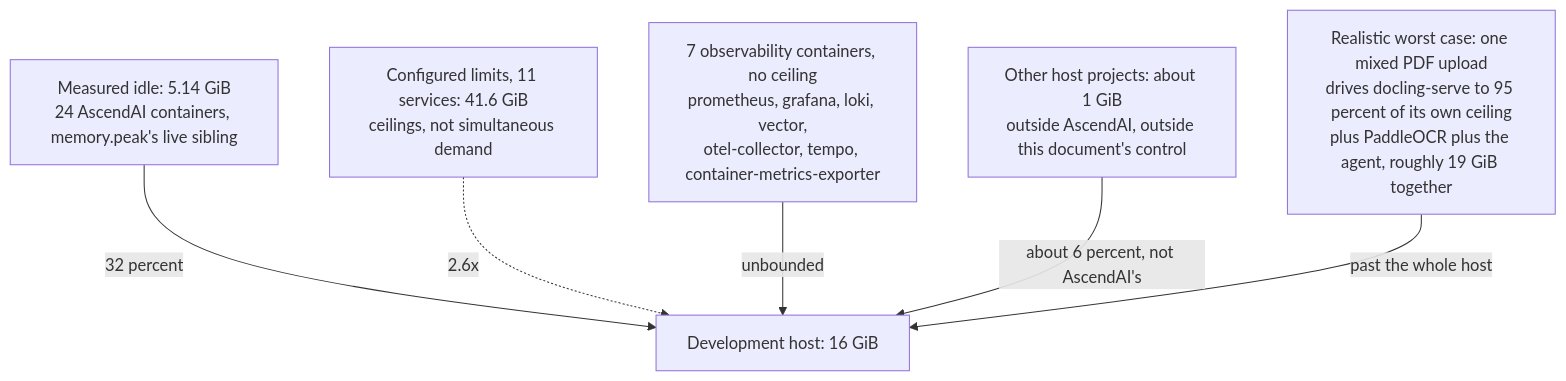
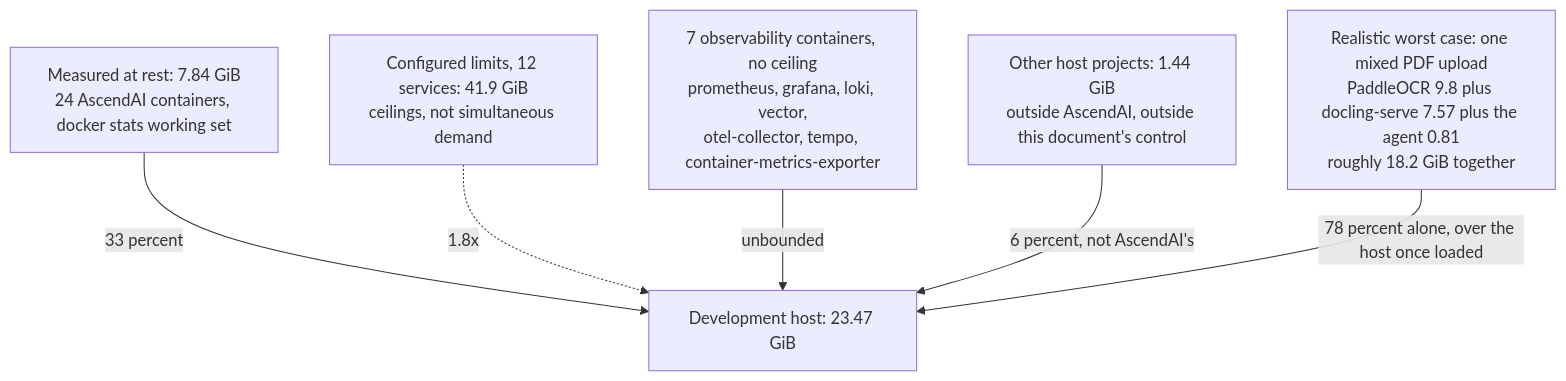
Before and after one commit to Lukk17/AscendAI: the diagram in docs/architecture/memory-budget.md, drawn with Mermaid. The commit also changed other lines of this file, not shown here.

First line of the commit message:
docs(architecture): recompute the memory budget against the larger host

````diff
--- a/docs/architecture/memory-budget.md
+++ b/docs/architecture/memory-budget.md
@@ -189,18 +230,18 @@
 ```mermaid
 graph TB
     accTitle: AscendAI memory budget against host capacity
-    accDescr: The 16 GiB development host measures 5.14 GiB of real idle usage across AscendAI's own 24 containers, yet must plan against 41.6 GiB of configured container limits, 7 containers with no configured ceiling, and a realistic worst case of roughly 19 GiB from a single document upload, which is the one none of the others rule out.
+    accDescr: The 23.47 GiB development host measures 7.84 GiB of resting usage across AscendAI's own 24 containers, plans against 41.9 GiB of configured container limits, carries 7 containers with no configured ceiling, and faces a realistic worst case of roughly 18.2 GiB from a single document upload, which now fits the host on its own but not on top of the 5.65 GiB the rest of the host holds at rest.
 
-    Idle["Measured idle: 5.14 GiB<br/>24 AscendAI containers, memory.peak's live sibling"]
-    Limits["Configured limits, 11 services: 41.6 GiB<br/>ceilings, not simultaneous demand"]
+    Idle["Measured at rest: 7.84 GiB<br/>24 AscendAI containers, docker stats working set"]
+    Limits["Configured limits, 12 services: 41.9 GiB<br/>ceilings, not simultaneous demand"]
     Uncapped["7 observability containers, no ceiling<br/>prometheus, grafana, loki, vector,<br/>otel-collector, tempo, container-metrics-exporter"]
-    External["Other host projects: about 1 GiB<br/>outside AscendAI, outside this document's control"]
-    Realistic["Realistic worst case: one mixed PDF upload<br/>drives docling-serve to 95 percent of its own ceiling<br/>plus PaddleOCR plus the agent, roughly 19 GiB together"]
-    Host["Development host: 16 GiB"]
+    External["Other host projects: 1.44 GiB<br/>outside AscendAI, outside this document's control"]
+    Realistic["Realistic worst case: one mixed PDF upload<br/>PaddleOCR 9.8 plus docling-serve 7.57 plus the agent 0.81<br/>roughly 18.2 GiB together"]
+    Host["Development host: 23.47 GiB"]
 
-    Idle -->|32 percent| Host
-    Limits -.->|2.6x| Host
+    Idle -->|33 percent| Host
+    Limits -.->|1.8x| Host
     Uncapped -->|unbounded| Host
-    External -->|about 6 percent, not AscendAI's| Host
-    Realistic -->|past the whole host| Host
+    External -->|6 percent, not AscendAI's| Host
+    Realistic -->|78 percent alone, over the host once loaded| Host
 ```
````
